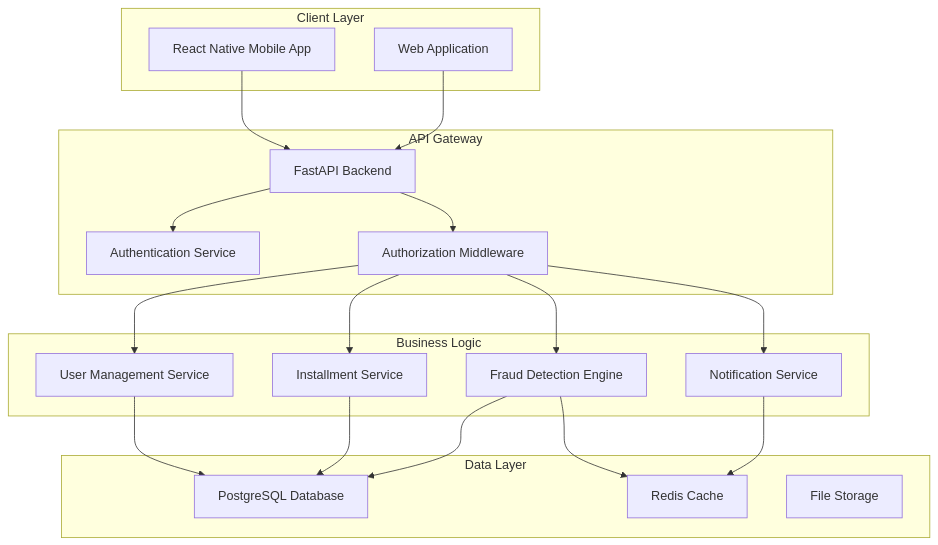
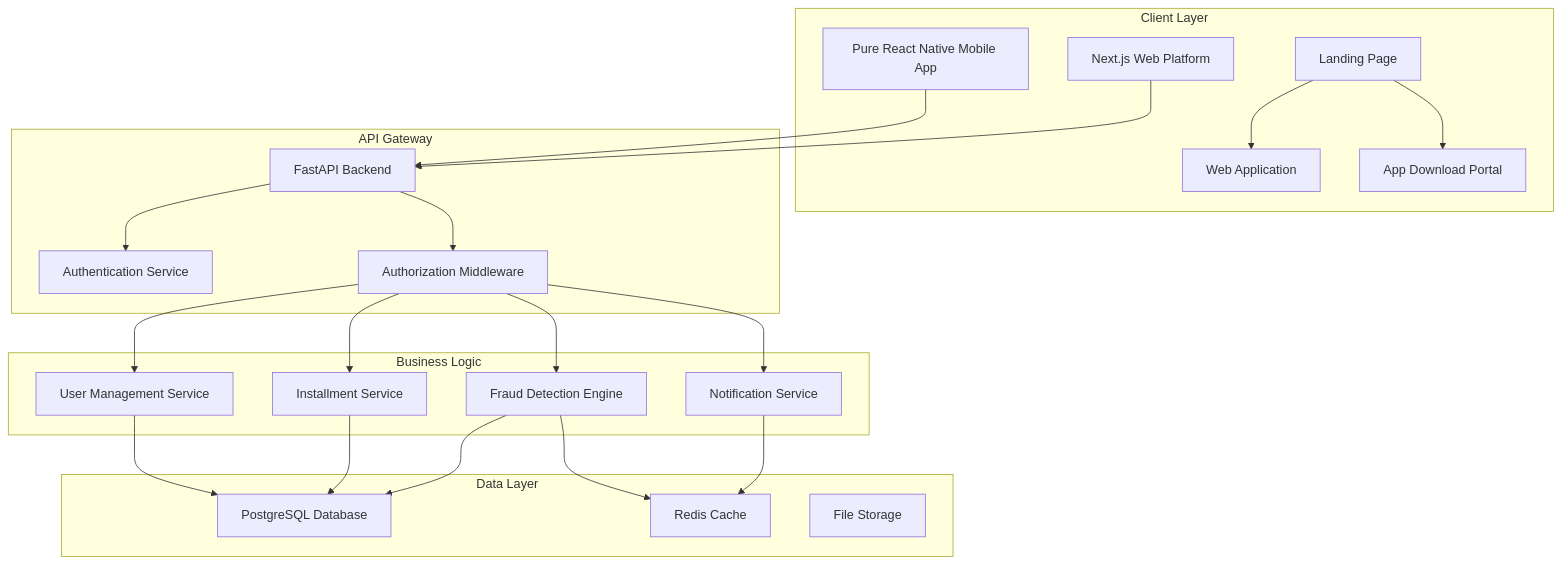
The first of 2 diagrams in .kiro/specs/installment-fraud-detection/design.md (dev-alianwar/jaanch), drawn with Mermaid before and after one commit. The commit also changed other lines of this file and 1 other file, not shown here.

````diff
--- a/.kiro/specs/installment-fraud-detection/design.md
+++ b/.kiro/specs/installment-fraud-detection/design.md
@@ -10,40 +10,45 @@
 ```mermaid
 graph TB
     subgraph "Client Layer"
-        A[React Native Mobile App]
-        B[Web Application]
+        A[Pure React Native Mobile App]
+        B[Next.js Web Platform]
+        B1[Landing Page]
+        B2[Web Application]
+        B3[App Download Portal]
     end
     
     subgraph "API Gateway"
         C[FastAPI Backend]
         D[Authentication Service]
         E[Authorization Middleware]
     end
     
     subgraph "Business Logic"
         F[User Management Service]
         G[Installment Service]
         H[Fraud Detection Engine]
         I[Notification Service]
     end
     
     subgraph "Data Layer"
         J[PostgreSQL Database]
         K[Redis Cache]
         L[File Storage]
     end
     
     A --> C
     B --> C
+    B1 --> B2
+    B1 --> B3
     C --> D
     C --> E
     E --> F
     E --> G
     E --> H
     E --> I
     F --> J
     G --> J
     H --> J
     H --> K
     I --> K
 ```
````
